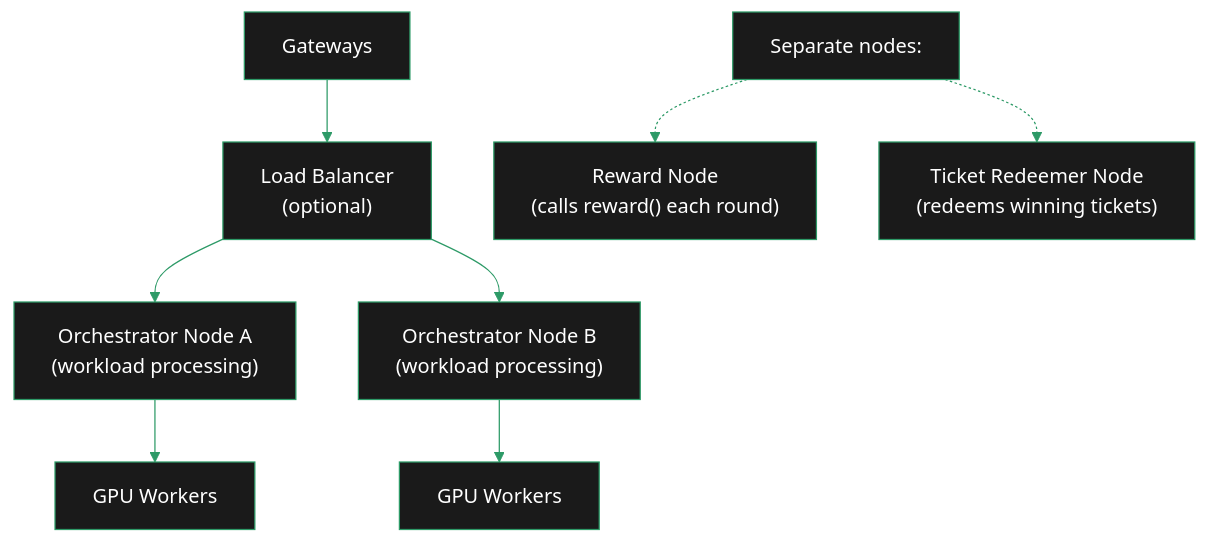
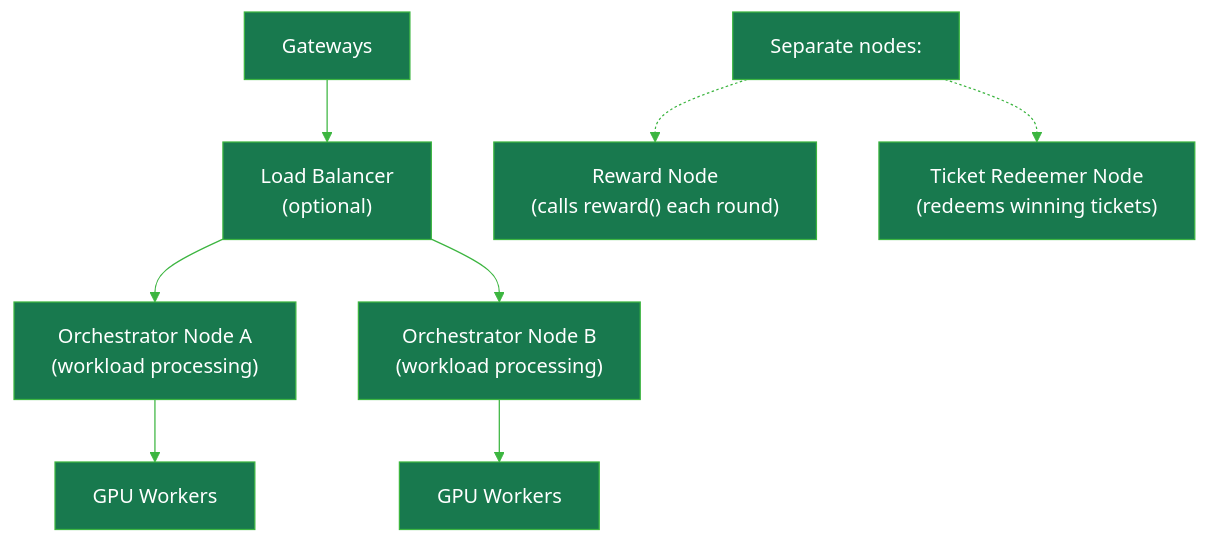
One commit to its-DeFine/docs changed the diagram in v2/orchestrators/guides/advanced-operations/scale-operations.mdx. Above: the diagram before and after it, drawn with Mermaid. The commit also changed 87 other files, not shown here.

````diff
--- a/v2/orchestrators/guides/advanced-operations/scale-operations.mdx
+++ b/v2/orchestrators/guides/advanced-operations/scale-operations.mdx
@@ -58,14 +58,14 @@
 ```mermaid
-%%{init: {'theme': 'base', 'themeVariables': { 'primaryColor': '#1a1a1a', 'primaryTextColor': '#fff', 'primaryBorderColor': '#2d9a67', 'lineColor': '#2d9a67', 'secondaryColor': '#0d0d0d', 'background': '#0d0d0d', 'fontFamily': 'system-ui' }}}%%
+%%{init: {'theme': 'base', 'themeVariables': {'primaryColor': '#18794E', 'primaryTextColor': '#fff', 'primaryBorderColor': '#3CB540', 'lineColor': '#3CB540', 'mainBkg': '#18794E', 'nodeBorder': '#3CB540', 'clusterBkg': 'transparent', 'clusterBorder': '#3CB540', 'titleColor': '#3CB540', 'edgeLabelBackground': 'transparent', 'textColor': '#3CB540', 'nodeTextColor': '#fff'}}}%%
 graph TD
     GW["Gateways"] --> LB["Load Balancer\n(optional)"]
     LB --> O1["Orchestrator Node A\n(workload processing)"]
     LB --> O2["Orchestrator Node B\n(workload processing)"]
     O1 --> W1["GPU Workers"]
     O2 --> W2["GPU Workers"]
     separate["Separate nodes:"]
     R["Reward Node\n(calls reward() each round)"]
     T["Ticket Redeemer Node\n(redeems winning tickets)"]
     separate -.-> R
     separate -.-> T
 ```
````
